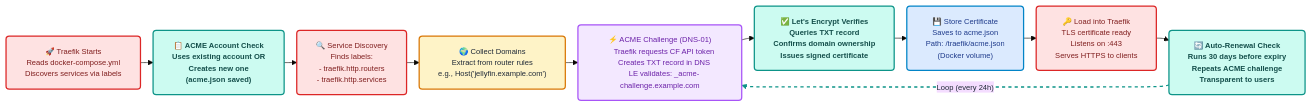
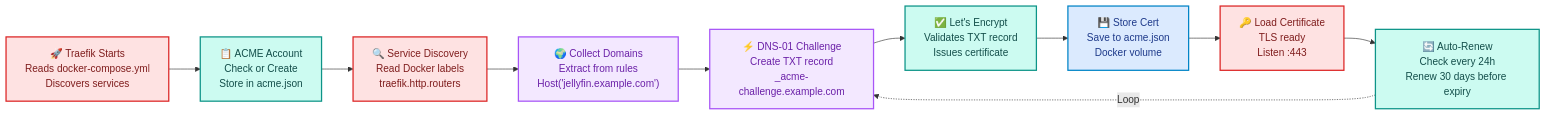
One commit to charan-altro/self-host-lab changed the second of 4 diagrams in README.md. Above: the diagram before and after it, drawn with Mermaid. The commit also changed other lines of this file, not shown here.

````diff
--- a/README.md
+++ b/README.md
@@ -111,73 +60,27 @@
 ```mermaid
-%%{init: {
-  'theme': 'base',
-  'themeVariables': {
-    'background': '#F5F7FA',
-    'primaryTextColor': '#1F2937',
-    'fontSize': '12px'
-  },
-  'flowchart': { 'rankSpacing': 20, 'nodeSpacing': 15 }
-}}%%
 flowchart LR
-    classDef boot fill:#FEE2E2,stroke:#DC2626,stroke-width:2px,color:#7F1D1D,rx:5,ry:5
-    classDef acme fill:#CCFBF1,stroke:#0D9488,stroke-width:2px,color:#134E4A,rx:5,ry:5,font-weight:bold
-    classDef challenge fill:#F3E8FF,stroke:#A855F7,stroke-width:2px,color:#6B21A8,rx:5,ry:5
-    classDef stored fill:#DBEAFE,stroke:#0284C7,stroke-width:2px,color:#1E3A8A,rx:5,ry:5
-    classDef client fill:#FEF3C7,stroke:#D97706,stroke-width:2px,color:#1F2937,rx:5,ry:5
+    classDef boot fill:#FEE2E2,stroke:#DC2626,stroke-width:2px,color:#7F1D1D
+    classDef acme fill:#CCFBF1,stroke:#0D9488,stroke-width:2px,color:#134E4A
+    classDef challenge fill:#F3E8FF,stroke:#A855F7,stroke-width:2px,color:#6B21A8
+    classDef stored fill:#DBEAFE,stroke:#0284C7,stroke-width:2px,color:#1E3A8A
 
-    Start["🚀 Traefik Starts
-    Reads docker-compose.yml
-    Discovers services via labels"]:::boot
-
-    ACME["📋 ACME Account Check
-    Uses existing account OR
-    Creates new one
-    (acme.json saved)"]:::acme
-
-    Discover["🔍 Service Discovery
-    Finds labels:
-    - traefik.http.routers
-    - traefik.http.services"]:::boot
-
-    Domain["🌍 Collect Domains
-    Extract from router rules
-    e.g., Host('jellyfin.example.com')"]:::client
-
-    Challenge["⚡ ACME Challenge (DNS-01)
-    Traefik requests CF API token
-    Creates TXT record in DNS
-    LE validates: _acme-challenge.example.com"]:::challenge
-
-    Verify["✅ Let's Encrypt Verifies
-    Queries TXT record
-    Confirms domain ownership
-    Issues signed certificate"]:::acme
-
-    Store["💾 Store Certificate
-    Saves to acme.json
-    Path: /traefik/acme.json
-    (Docker volume)"]:::stored
-
-    Load["🔑 Load into Traefik
-    TLS certificate ready
-    Listens on :443
-    Serves HTTPS to clients"]:::boot
-
-    Renew["🔄 Auto-Renewal Check
-    Runs 30 days before expiry
-    Repeats ACME challenge
-    Transparent to users"]:::acme
+    Start["🚀 Traefik Starts<br/>Reads docker-compose.yml<br/>Discovers services"]:::boot
+    ACME["📋 ACME Account<br/>Check or Create<br/>Store in acme.json"]:::acme
+    Discover["🔍 Service Discovery<br/>Read Docker labels<br/>traefik.http.routers"]:::boot
+    Domain["🌍 Collect Domains<br/>Extract from rules<br/>Host('jellyfin.example.com')"]:::challenge
+    Challenge["⚡ DNS-01 Challenge<br/>Create TXT record<br/>_acme-challenge.example.com"]:::challenge
+    Verify["✅ Let's Encrypt<br/>Validates TXT record<br/>Issues certificate"]:::acme
+    Store["💾 Store Cert<br/>Save to acme.json<br/>Docker volume"]:::stored
+    Load["🔑 Load Certificate<br/>TLS ready<br/>Listen :443"]:::boot
+    Renew["🔄 Auto-Renew<br/>Check every 24h<br/>Renew 30 days before expiry"]:::acme
 
     Start --> ACME
     ACME --> Discover
     Discover --> Domain
     Domain --> Challenge
     Challenge --> Verify
     Verify --> Store
     Store --> Load
     Load --> Renew
-    Renew -.->|"Loop (every 24h)"| Challenge
-
-    %% Link Styles
-    linkStyle 8 stroke:#0D9488,stroke-width:2px,stroke-dasharray: 5 5
+    Renew -.->|"Loop"| Challenge
 ```
````
